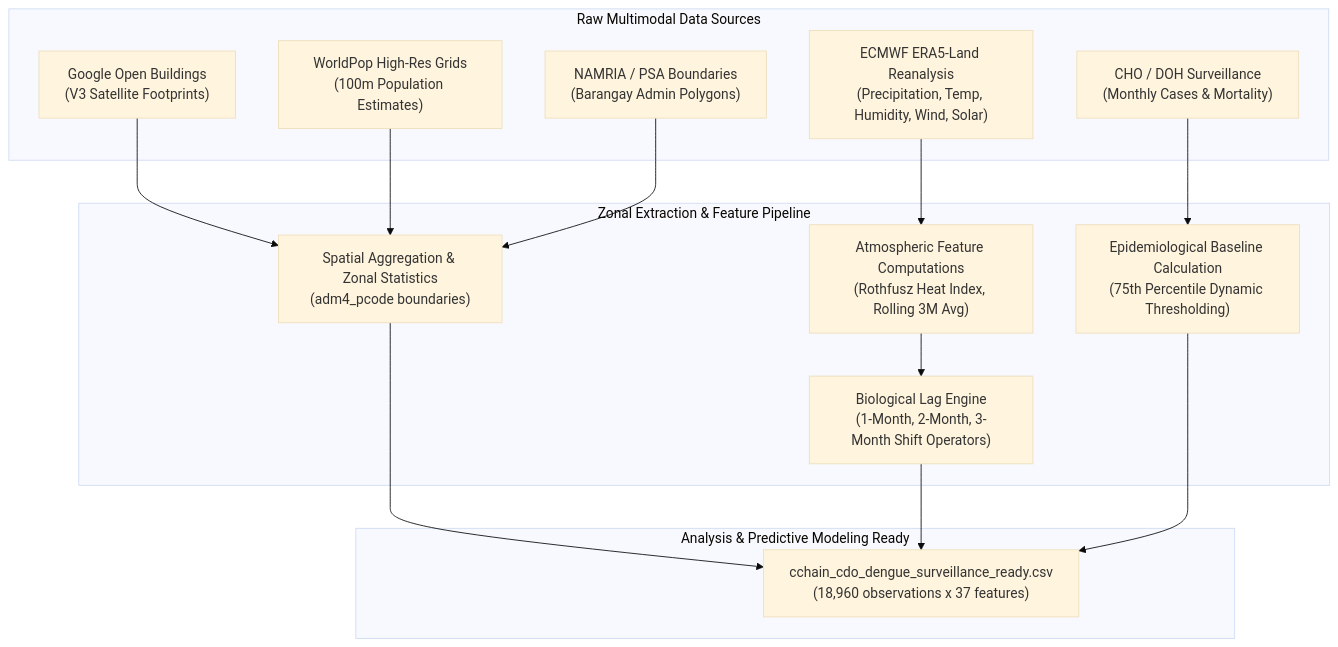
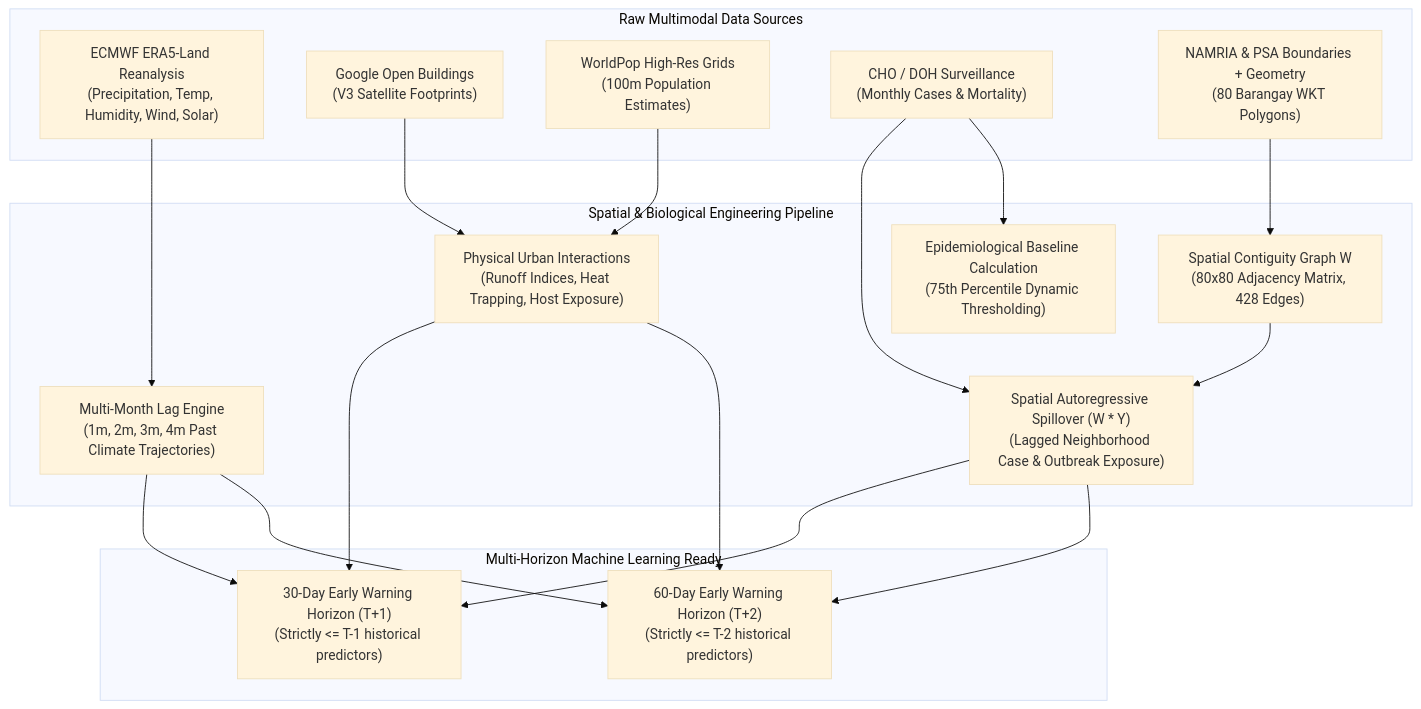
The diagram in docs/dataset_data_dictionary.md (Troge-dev/Climate-Driven-Vector-Borne-Outbreak-Surveillance), drawn with Mermaid (base theme) before and after one commit. The commit also changed other lines of this file and 3 other files, not shown here.

Commit message:
feat: upgrade forecasting pipeline with 30/60-day prediction horizons and model benchmarks

````diff
--- a/docs/dataset_data_dictionary.md
+++ b/docs/dataset_data_dictionary.md
@@ -13,32 +13,37 @@
 ```mermaid
 graph TD
     subgraph S1["Raw Multimodal Data Sources"]
         ERA5["ECMWF ERA5-Land Reanalysis<br/>(Precipitation, Temp, Humidity, Wind, Solar)"]
         GOB["Google Open Buildings<br/>(V3 Satellite Footprints)"]
         WPOP["WorldPop High-Res Grids<br/>(100m Population Estimates)"]
         DOH["CHO / DOH Surveillance<br/>(Monthly Cases & Mortality)"]
-        NAMRIA["NAMRIA / PSA Boundaries<br/>(Barangay Admin Polygons)"]
+        GEO_SRC["NAMRIA & PSA Boundaries + Geometry<br/>(80 Barangay WKT Polygons)"]
     end
 
-    subgraph S2["Zonal Extraction & Feature Pipeline"]
-        GEO["Spatial Aggregation & Zonal Statistics<br/>(adm4_pcode boundaries)"]
-        CLIM["Atmospheric Feature Computations<br/>(Rothfusz Heat Index, Rolling 3M Avg)"]
-        LAG["Biological Lag Engine<br/>(1-Month, 2-Month, 3-Month Shift Operators)"]
+    subgraph S2["Spatial & Biological Engineering Pipeline"]
+        GEO["Spatial Contiguity Graph W<br/>(80x80 Adjacency Matrix, 428 Edges)"]
+        CLIM["Multi-Month Lag Engine<br/>(1m, 2m, 3m, 4m Past Climate Trajectories)"]
+        URBAN["Physical Urban Interactions<br/>(Runoff Indices, Heat Trapping, Host Exposure)"]
+        SPAT["Spatial Autoregressive Spillover (W * Y)<br/>(Lagged Neighborhood Case & Outbreak Exposure)"]
         THRESH["Epidemiological Baseline Calculation<br/>(75th Percentile Dynamic Thresholding)"]
     end
 
-    subgraph S3["Analysis & Predictive Modeling Ready"]
-        OUT["cchain_cdo_dengue_surveillance_ready.csv<br/>(18,960 observations x 37 features)"]
+    subgraph S3["Multi-Horizon Machine Learning Ready"]
+        H1["30-Day Early Warning Horizon (T+1)<br/>(Strictly <= T-1 historical predictors)"]
+        H2["60-Day Early Warning Horizon (T+2)<br/>(Strictly <= T-2 historical predictors)"]
     end
 
     ERA5 --> CLIM
-    CLIM --> LAG
-    GOB --> GEO
-    WPOP --> GEO
+    GOB --> URBAN
+    WPOP --> URBAN
+    GEO_SRC --> GEO
+    GEO --> SPAT
+    DOH --> SPAT
     DOH --> THRESH
-    NAMRIA --> GEO
-
-    GEO --> OUT
-    LAG --> OUT
-    THRESH --> OUT
+    CLIM --> H1
+    CLIM --> H2
+    URBAN --> H1
+    URBAN --> H2
+    SPAT --> H1
+    SPAT --> H2
 ```
````
